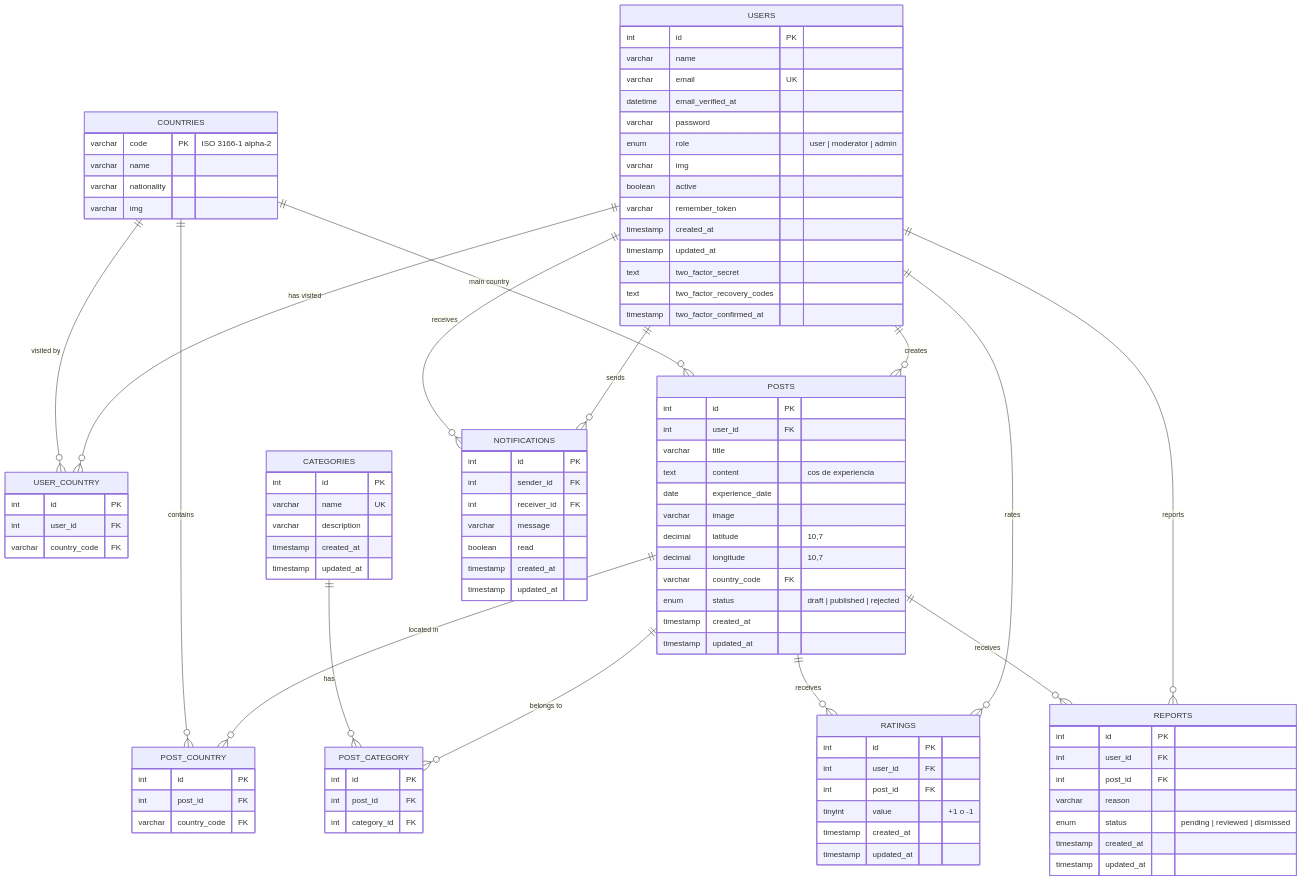
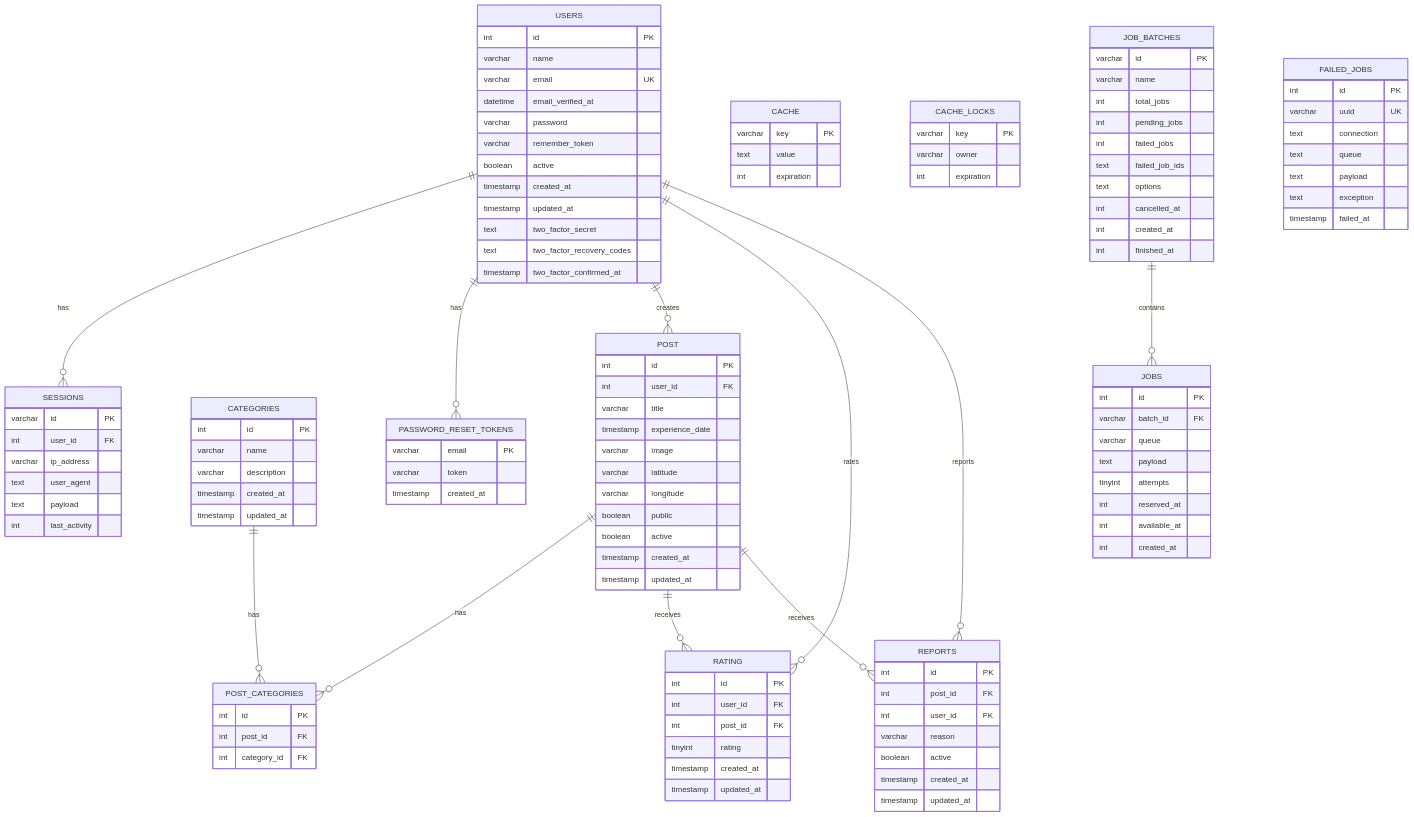
Before and after one commit to ErJaLo/PathFinder: the diagram in obsidian/viatges/Pathfinder BD.md, drawn with Mermaid. The commit also changed 40 other files, not shown here.

````diff
--- a/obsidian/viatges/Pathfinder BD.md
+++ b/obsidian/viatges/Pathfinder BD.md
@@ -12,16 +6,13 @@
 ```mermaid
 erDiagram
-
     USERS {
         int id PK
         varchar name
         varchar email UK
         datetime email_verified_at
         varchar password
-        enum role "user | moderator | admin"
-        varchar img
+        varchar remember_token
         boolean active
-        varchar remember_token
         timestamp created_at
         timestamp updated_at
         text two_factor_secret
@@ -29,59 +20,39 @@
         timestamp two_factor_confirmed_at
     }
 
-    COUNTRIES {
-        varchar code PK "ISO 3166-1 alpha-2"
-        varchar name
-        varchar nationality
-        varchar img
-    }
-
-    USER_COUNTRY {
-        int id PK
-        int user_id FK
-        varchar country_code FK
-    }
-
-    POSTS {
+    POST {
         int id PK
         int user_id FK
         varchar title
-        text content "cos de experiencia"
-        date experience_date
+        timestamp experience_date
         varchar image
-        decimal latitude "10,7"
-        decimal longitude "10,7"
-        varchar country_code FK
-        enum status "draft | published | rejected"
+        varchar latitude
+        varchar longitude
+        boolean public
+        boolean active
         timestamp created_at
         timestamp updated_at
     }
 
-    POST_COUNTRY {
+    POST_CATEGORIES {
         int id PK
         int post_id FK
-        varchar country_code FK
+        int category_id FK
     }
 
     CATEGORIES {
         int id PK
-        varchar name UK
+        varchar name
         varchar description
         timestamp created_at
         timestamp updated_at
     }
 
-    POST_CATEGORY {
-        int id PK
-        int post_id FK
-        int category_id FK
-    }
-
-    RATINGS {
+    RATING {
         int id PK
         int user_id FK
         int post_id FK
-        tinyint value "+1 o -1"
+        tinyint rating
         timestamp created_at
         timestamp updated_at
     }
@@ -89,40 +60,86 @@
 
     REPORTS {
         int id PK
+        int post_id FK
         int user_id FK
-        int post_id FK
         varchar reason
-        enum status "pending | reviewed | dismissed"
-        timestamp created_at
-        timestamp updated_at
-    }
-    %%UNIQUE(user_id, post_id)
-
-    NOTIFICATIONS {
-        int id PK
-        int sender_id FK
-        int receiver_id FK
-        varchar message
-        boolean read
+        boolean active
         timestamp created_at
         timestamp updated_at
     }
 
-    USERS ||--o{ POSTS : "creates"
-    USERS ||--o{ RATINGS : "rates"
+    PASSWORD_RESET_TOKENS {
+        varchar email PK
+        varchar token
+        timestamp created_at
+    }
+
+    SESSIONS {
+        varchar id PK
+        int user_id FK
+        varchar ip_address
+        text user_agent
+        text payload
+        int last_activity
+    }
+
+    CACHE {
+        varchar key PK
+        text value
+        int expiration
+    }
+
+    CACHE_LOCKS {
+        varchar key PK
+        varchar owner
+        int expiration
+    }
+
+    JOBS {
+        int id PK
+        varchar batch_id FK
+        varchar queue
+        text payload
+        tinyint attempts
+        int reserved_at
+        int available_at
+        int created_at
+    }
+
+    JOB_BATCHES {
+        varchar id PK
+        varchar name
+        int total_jobs
+        int pending_jobs
+        int failed_jobs
+        text failed_job_ids
+        text options
+        int cancelled_at
+        int created_at
+        int finished_at
+    }
+
+    FAILED_JOBS {
+        int id PK
+        varchar uuid UK
+        text connection
+        text queue
+        text payload
+        text exception
+        timestamp failed_at
+    }
+
+    USERS ||--o{ SESSIONS : "has"
+    USERS ||--o{ PASSWORD_RESET_TOKENS : "has"
+    USERS ||--o{ POST : "creates"
+    USERS ||--o{ RATING : "rates"
     USERS ||--o{ REPORTS : "reports"
-    USERS ||--o{ USER_COUNTRY : "has visited"
-    USERS ||--o{ NOTIFICATIONS : "sends"
-    USERS ||--o{ NOTIFICATIONS : "receives"
 
-    POSTS ||--o{ POST_CATEGORY : "belongs to"
-    POSTS ||--o{ POST_COUNTRY : "located in"
-    POSTS ||--o{ RATINGS : "receives"
-    POSTS ||--o{ REPORTS : "receives"
+    POST ||--o{ POST_CATEGORIES : "has"
+    POST ||--o{ RATING : "receives"
+    POST ||--o{ REPORTS : "receives"
 
-    CATEGORIES ||--o{ POST_CATEGORY : "has"
+    CATEGORIES ||--o{ POST_CATEGORIES : "has"
 
-    COUNTRIES ||--o{ USER_COUNTRY : "visited by"
-    COUNTRIES ||--o{ POST_COUNTRY : "contains"
-    COUNTRIES ||--o{ POSTS : "main country"
+    JOB_BATCHES ||--o{ JOBS : "contains"
 ```
````
